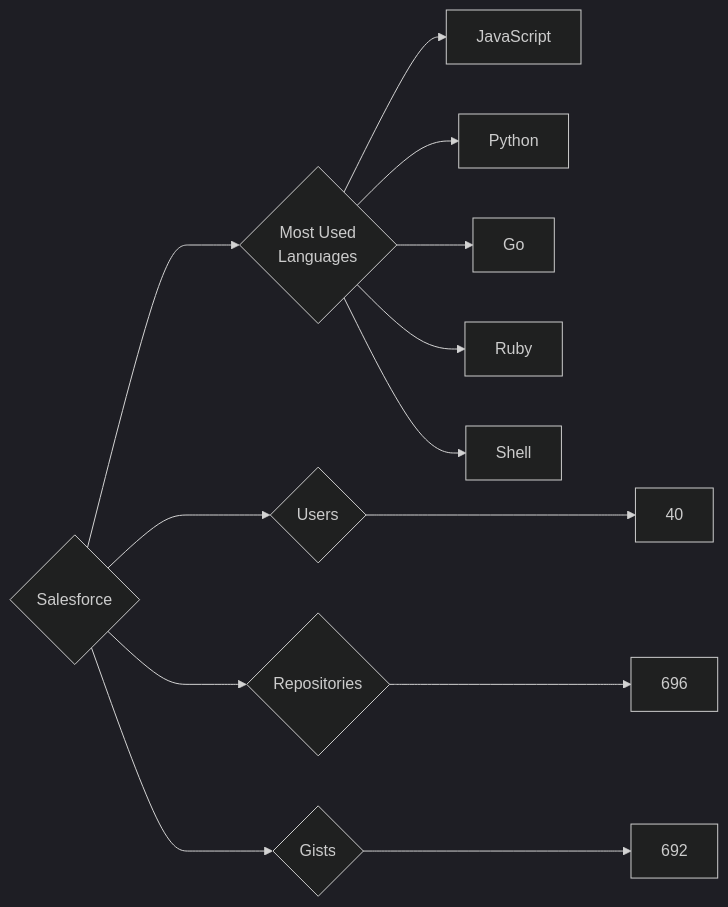
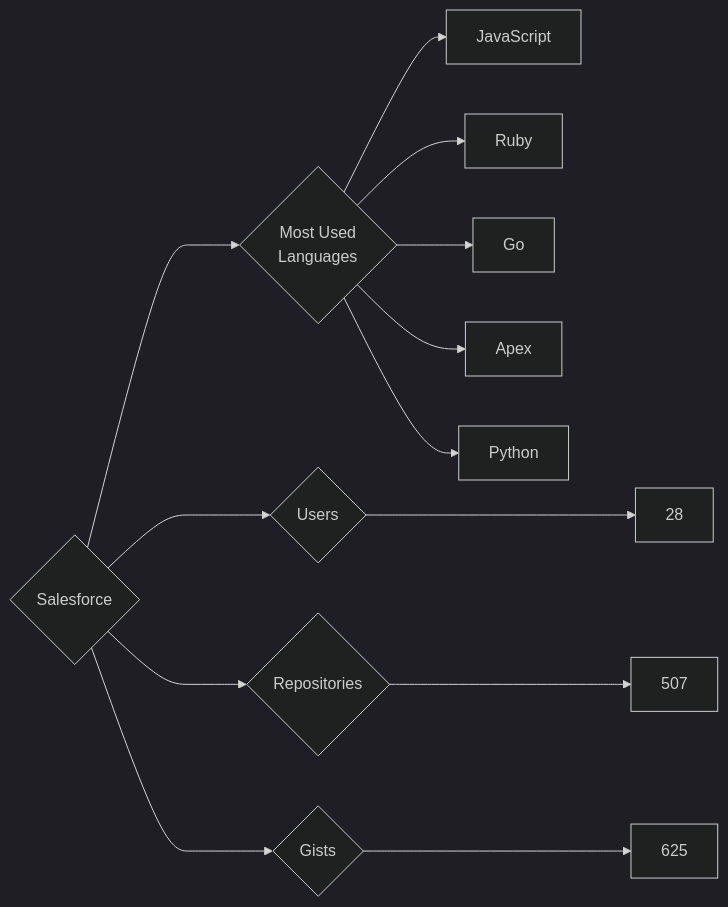
One commit to trickest/insiders changed the diagram in targets/Salesforce/README.md. Above: the diagram before and after it, drawn with Mermaid (dark theme). The commit also changed 829 other files, not shown here.

````diff
--- a/targets/Salesforce/README.md
+++ b/targets/Salesforce/README.md
@@ -3,13 +3,13 @@
 ```mermaid
 graph LR
 COMPANY_NAME{Salesforce}
-COMPANY_NAME ---> U{Users} ---> UN[40]
-COMPANY_NAME ---> R{Repositories} ---> RN[696]
-COMPANY_NAME ---> G{Gists} ---> GN[692]
+COMPANY_NAME ---> U{Users} ---> UN[28]
+COMPANY_NAME ---> R{Repositories} ---> RN[507]
+COMPANY_NAME ---> G{Gists} ---> GN[625]
 COMPANY_NAME ---> ML{Most Used<br>Languages}
 ML --> JavaScript[JavaScript]
+ML --> Ruby[Ruby]
+ML --> Go[Go]
+ML --> Apex[Apex]
 ML --> Python[Python]
-ML --> Go[Go]
-ML --> Ruby[Ruby]
-ML --> Shell[Shell]
 ```
````
